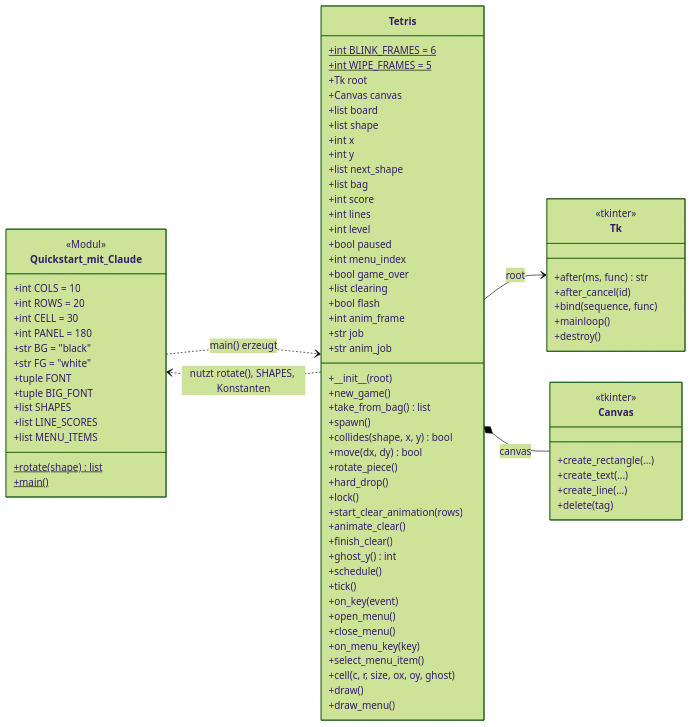
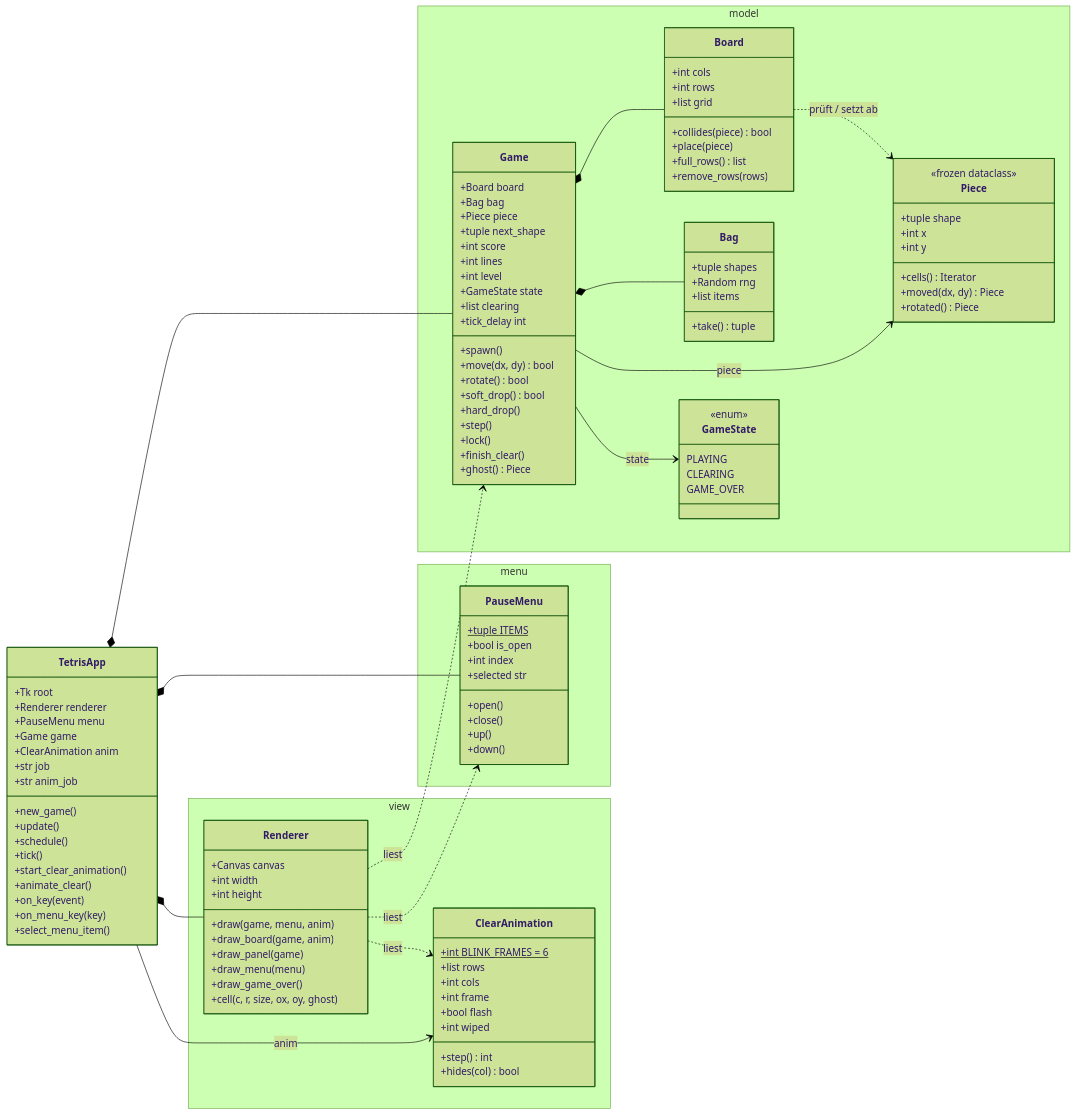
The first of 6 diagrams in docs/Diagramme.md (Krysek/Quickstart-mit-Claude), drawn with Mermaid (forest theme) before and after one commit. The commit also changed other lines of this file and 7 other files, not shown here.

````diff
--- a/docs/Diagramme.md
+++ b/docs/Diagramme.md
@@ -10,89 +10,126 @@
 classDiagram
     direction LR
 
-    class Quickstart_mit_Claude {
-        <<Modul>>
-        +int COLS = 10
-        +int ROWS = 20
-        +int CELL = 30
-        +int PANEL = 180
-        +str BG = "black"
-        +str FG = "white"
-        +tuple FONT
-        +tuple BIG_FONT
-        +list SHAPES
-        +list LINE_SCORES
-        +list MENU_ITEMS
-        +rotate(shape)$ list
-        +main()$
+    namespace model {
+        class Piece {
+            <<frozen dataclass>>
+            +tuple shape
+            +int x
+            +int y
+            +cells() Iterator
+            +moved(dx, dy) Piece
+            +rotated() Piece
+        }
+        class Board {
+            +int cols
+            +int rows
+            +list grid
+            +collides(piece) bool
+            +place(piece)
+            +full_rows() list
+            +remove_rows(rows)
+        }
+        class Bag {
+            +tuple shapes
+            +Random rng
+            +list items
+            +take() tuple
+        }
+        class GameState {
+            <<enum>>
+            PLAYING
+            CLEARING
+            GAME_OVER
+        }
+        class Game {
+            +Board board
+            +Bag bag
+            +Piece piece
+            +tuple next_shape
+            +int score
+            +int lines
+            +int level
+            +GameState state
+            +list clearing
+            +tick_delay int
+            +spawn()
+            +move(dx, dy) bool
+            +rotate() bool
+            +soft_drop() bool
+            +hard_drop()
+            +step()
+            +lock()
+            +finish_clear()
+            +ghost() Piece
+        }
     }
 
-    class Tetris {
-        +int BLINK_FRAMES = 6$
-        +int WIPE_FRAMES = 5$
+    namespace menu {
+        class PauseMenu {
+            +tuple ITEMS$
+            +bool is_open
+            +int index
+            +selected str
+            +open()
+            +close()
+            +up()
+            +down()
+        }
+    }
+
+    namespace view {
+        class ClearAnimation {
+            +int BLINK_FRAMES = 6$
+            +list rows
+            +int cols
+            +int frame
+            +bool flash
+            +int wiped
+            +step() int
+            +hides(col) bool
+        }
+        class Renderer {
+            +Canvas canvas
+            +int width
+            +int height
+            +draw(game, menu, anim)
+            +draw_board(game, anim)
+            +draw_panel(game)
+            +draw_menu(menu)
+            +draw_game_over()
+            +cell(c, r, size, ox, oy, ghost)
+        }
+    }
+
+    class TetrisApp {
         +Tk root
-        +Canvas canvas
-        +list board
-        +list shape
-        +int x
-        +int y
-        +list next_shape
-        +list bag
-        +int score
-        +int lines
-        +int level
-        +bool paused
-        +int menu_index
-        +bool game_over
-        +list clearing
-        +bool flash
-        +int anim_frame
+        +Renderer renderer
+        +PauseMenu menu
+        +Game game
+        +ClearAnimation anim
         +str job
         +str anim_job
-        +#95;#95;init#95;#95;(root)
         +new_game()
-        +take_from_bag() list
-        +spawn()
-        +collides(shape, x, y) bool
-        +move(dx, dy) bool
-        +rotate_piece()
-        +hard_drop()
-        +lock()
-        +start_clear_animation(rows)
-        +animate_clear()
-        +finish_clear()
-        +ghost_y() int
+        +update()
         +schedule()
         +tick()
+        +start_clear_animation()
+        +animate_clear()
         +on_key(event)
-        +open_menu()
-        +close_menu()
         +on_menu_key(key)
         +select_menu_item()
-        +cell(c, r, size, ox, oy, ghost)
-        +draw()
-        +draw_menu()
     }
 
-    class Tk {
-        <<tkinter>>
-        +after(ms, func) str
-        +after_cancel(id)
-        +bind(sequence, func)
-        +mainloop()
-        +destroy()
-    }
-
-    class Canvas {
-        <<tkinter>>
-        +create_rectangle(...)
-        +create_text(...)
-        +create_line(...)
-        +delete(tag)
-    }
-
-    Quickstart_mit_Claude ..> Tetris : main() erzeugt
-    Tetris ..> Quickstart_mit_Claude : nutzt rotate(), SHAPES, Konstanten
-    Tetris --> Tk : root
-    Tetris *-- Canvas : canvas
+    Game *-- Board
+    Game *-- Bag
+    Game --> Piece : piece
+    Game --> GameState : state
+    Board ..> Piece : prüft / setzt ab
+    TetrisApp *-- Game
+    TetrisApp *-- PauseMenu
+    TetrisApp *-- Renderer
+    TetrisApp --> ClearAnimation : anim
+    Renderer ..> Game : liest
+    Renderer ..> PauseMenu : liest
+    Renderer ..> ClearAnimation : liest
 ```
````
